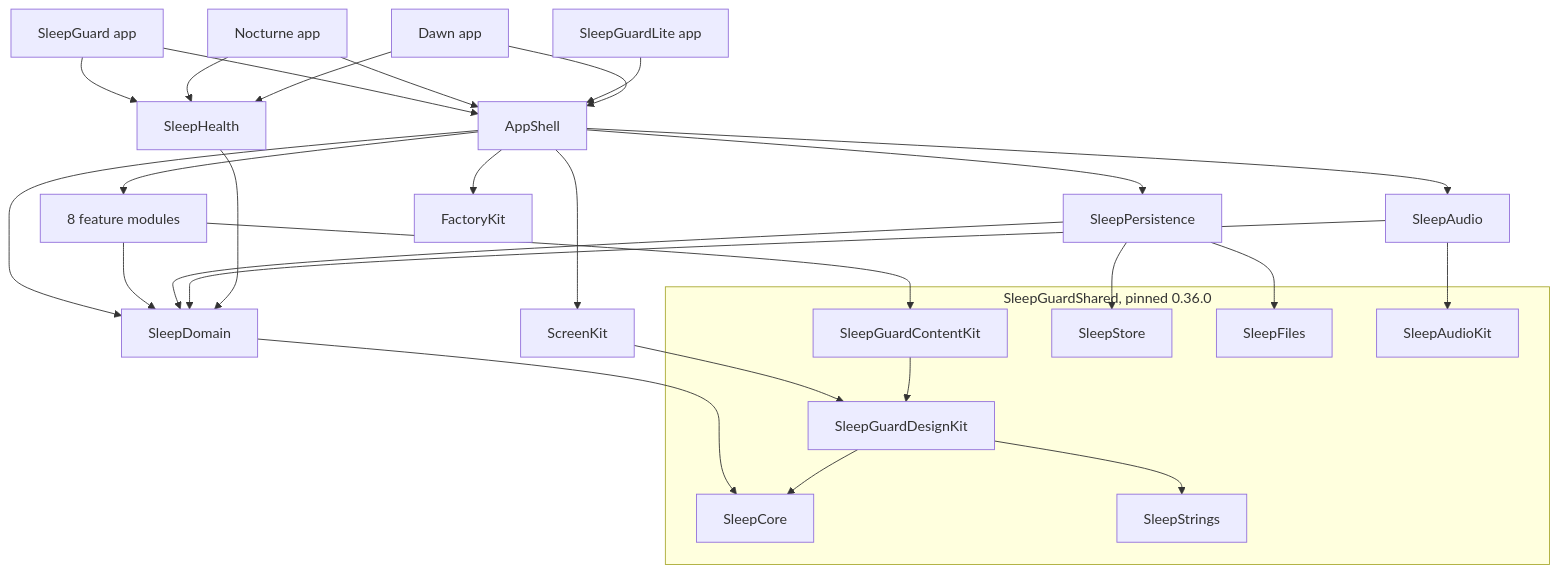
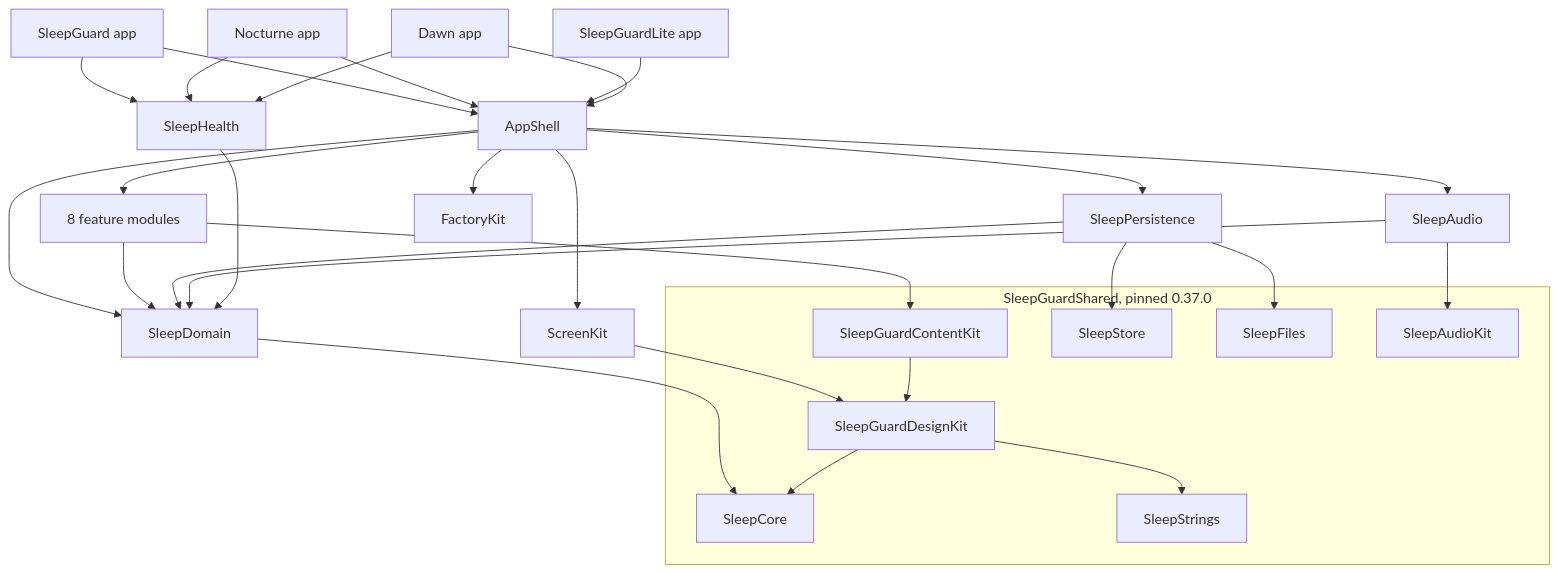
One commit to dardan0x/SleepGuardUIKitWay changed the diagram in docs/ARCHITECTURE.md. Above: the diagram before and after it, drawn with Mermaid. The commit also changed other lines of this file and 58 other files, not shown here.

````diff
--- a/docs/ARCHITECTURE.md
+++ b/docs/ARCHITECTURE.md
@@ -20,41 +20,41 @@
 ```mermaid
 graph TD
   SG[SleepGuard app] --> AppShell
   NO[Nocturne app] --> AppShell
   LI[SleepGuardLite app] --> AppShell
   DA[Dawn app] --> AppShell
   SG --> SleepHealth
   NO --> SleepHealth
   DA --> SleepHealth
 
   AppShell --> Features[8 feature modules]
   AppShell --> ScreenKit
   AppShell --> SleepPersistence
   AppShell --> SleepAudio
   AppShell --> SleepDomain
   AppShell --> FactoryKit
 
   Features --> SleepDomain
   Features --> ContentKit[SleepGuardContentKit]
   SleepPersistence --> SleepDomain
   SleepPersistence --> SleepStore
   SleepPersistence --> SleepFiles
   SleepAudio --> SleepDomain
   SleepAudio --> SleepAudioKit
   SleepHealth --> SleepDomain
   ScreenKit --> DesignKit[SleepGuardDesignKit]
   SleepDomain --> SleepCore
   ContentKit --> DesignKit
   DesignKit --> SleepStrings
   DesignKit --> SleepCore
 
-  subgraph Shared["SleepGuardShared, pinned 0.36.0"]
+  subgraph Shared["SleepGuardShared, pinned 0.37.0"]
     SleepCore
     SleepStore
     SleepAudioKit
     SleepFiles
     SleepStrings
     DesignKit
     ContentKit
   end
 ```
````
